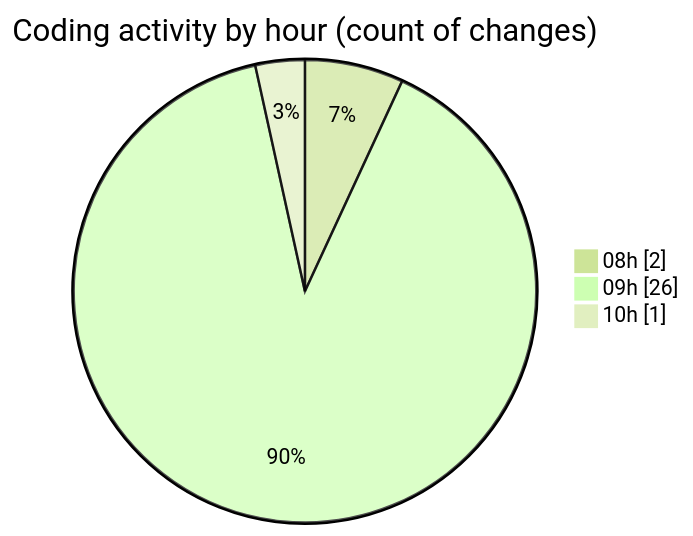
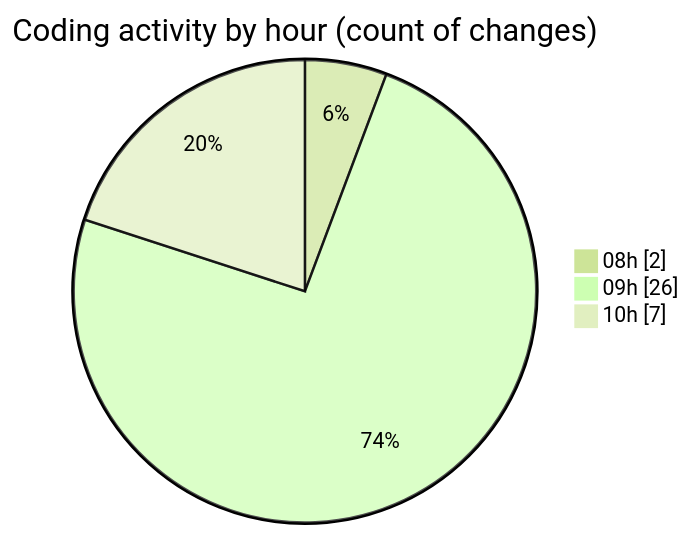
Before and after one commit to Elitesun/code-tracking: the second of 2 diagrams in 2025-05-20/niten/README.md, drawn with Mermaid (forest theme). The commit also changed other lines of this file and 1 other file, not shown here.

````diff
--- a/2025-05-20/niten/README.md
+++ b/2025-05-20/niten/README.md
@@ -39,7 +41,7 @@
 ```mermaid
 pie showData
 title Coding activity by hour (count of changes)
 "08h" : 2
 "09h" : 26
-"10h" : 1
+"10h" : 7
 ```
````
